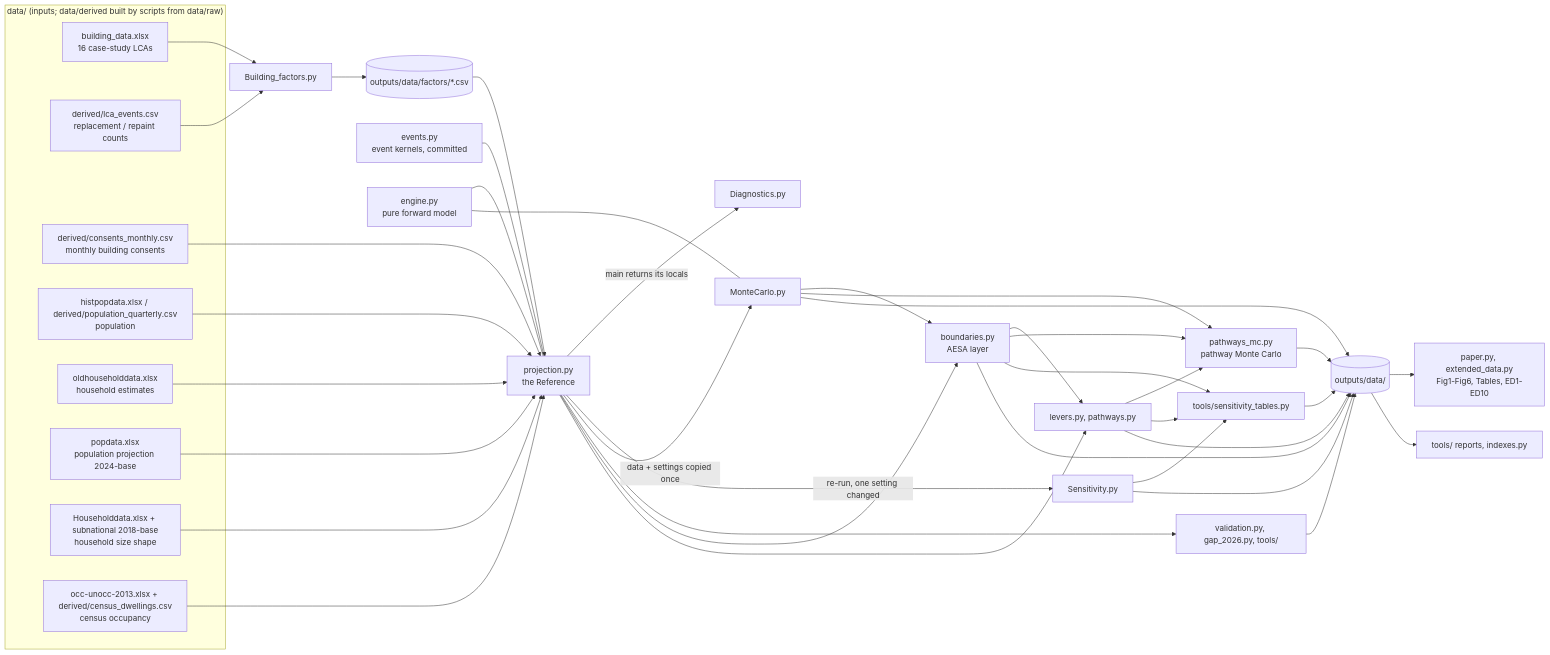
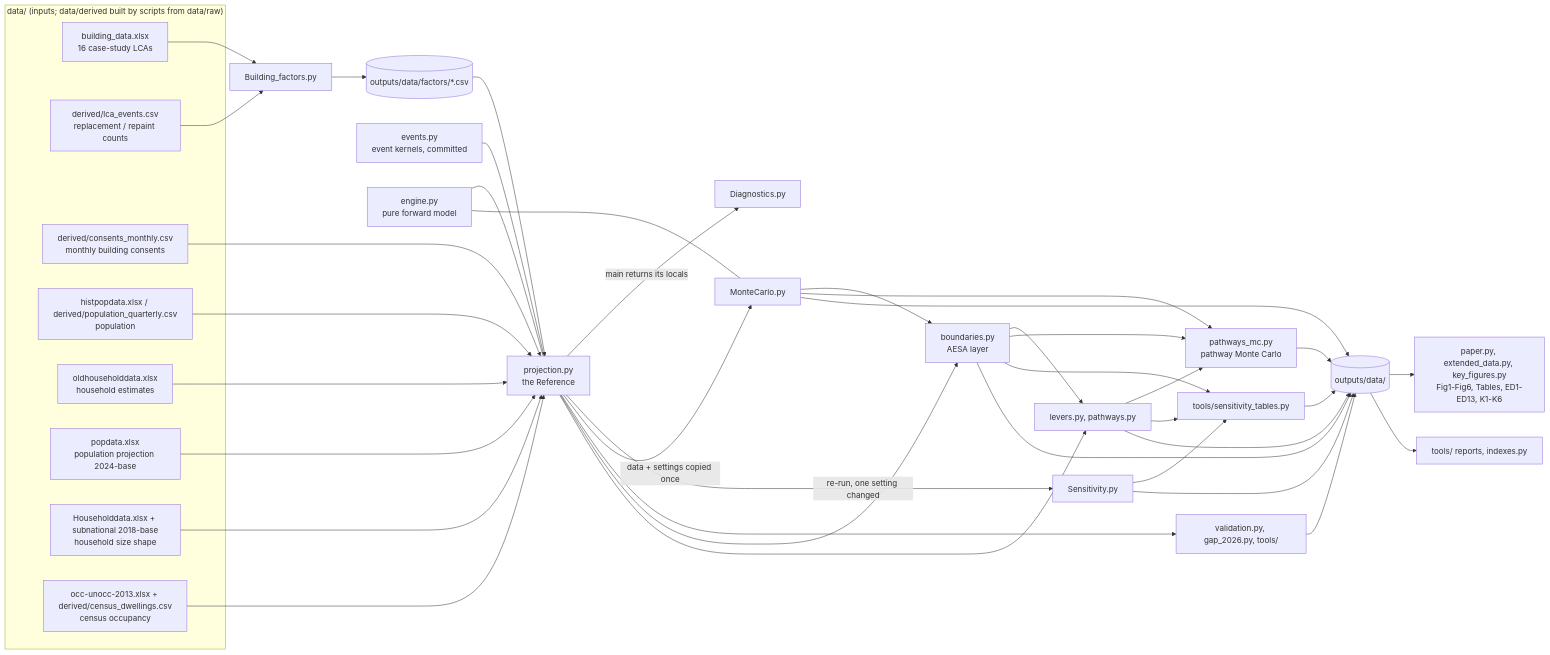
Before and after one commit to GerasimosChristoforatos/Pathway-Paper: the first of 3 diagrams in ARCHITECTURE.md, drawn with Mermaid. The commit also changed other lines of this file and 17 other files, not shown here.

````diff
--- a/ARCHITECTURE.md
+++ b/ARCHITECTURE.md
@@ -56,31 +56,31 @@
 ```mermaid
 flowchart LR
     subgraph inputs["data/ (inputs; data/derived built by scripts from data/raw)"]
         BD[building_data.xlsx<br/>16 case-study LCAs]
         EV[derived/lca_events.csv<br/>replacement / repaint counts]
         CM[derived/consents_monthly.csv<br/>monthly building consents]
         HP[histpopdata.xlsx / derived/population_quarterly.csv<br/>population]
         OH[oldhouseholddata.xlsx<br/>household estimates]
         PP[popdata.xlsx<br/>population projection 2024-base]
         HH[Householddata.xlsx + subnational 2018-base<br/>household size shape]
         CE[occ-unocc-2013.xlsx + derived/census_dwellings.csv<br/>census occupancy]
     end
     BF[Building_factors.py] --> F[("outputs/data/factors/*.csv")]
     BD & EV --> BF
     EVP[events.py<br/>event kernels, committed] --- PROJ
     F --> PROJ[projection.py<br/>the Reference]
     ENG[engine.py<br/>pure forward model] --- PROJ
     ENG --- MC
     CM & HP & OH & PP & HH & CE --> PROJ
     PROJ -->|main returns its locals| DIAG[Diagnostics.py]
     PROJ -->|re-run, one setting changed| SENS[Sensitivity.py]
     PROJ -->|data + settings copied once| MC[MonteCarlo.py]
     PROJ --> VAL[validation.py, gap_2026.py, tools/]
     PROJ & MC --> BND[boundaries.py<br/>AESA layer]
     PROJ & BND --> PW[levers.py, pathways.py]
     MC & BND & PW --> PMC[pathways_mc.py<br/>pathway Monte Carlo]
     SENS & BND & PW --> ST[tools/sensitivity_tables.py]
     SENS & MC & VAL & BND & PW & PMC & ST --> DATA[("outputs/data/")]
-    DATA --> HL[paper.py, extended_data.py<br/>Fig1-Fig6, Tables, ED1-ED10]
+    DATA --> HL[paper.py, extended_data.py, key_figures.py<br/>Fig1-Fig6, Tables, ED1-ED13, K1-K6]
     DATA --> REP[tools/ reports, indexes.py]
 ```
````
